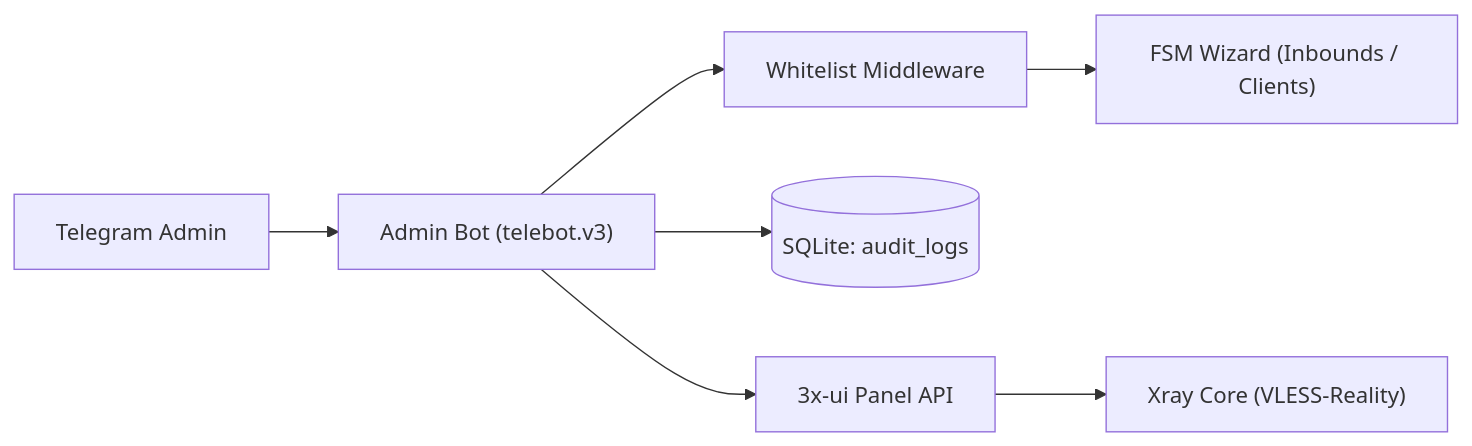
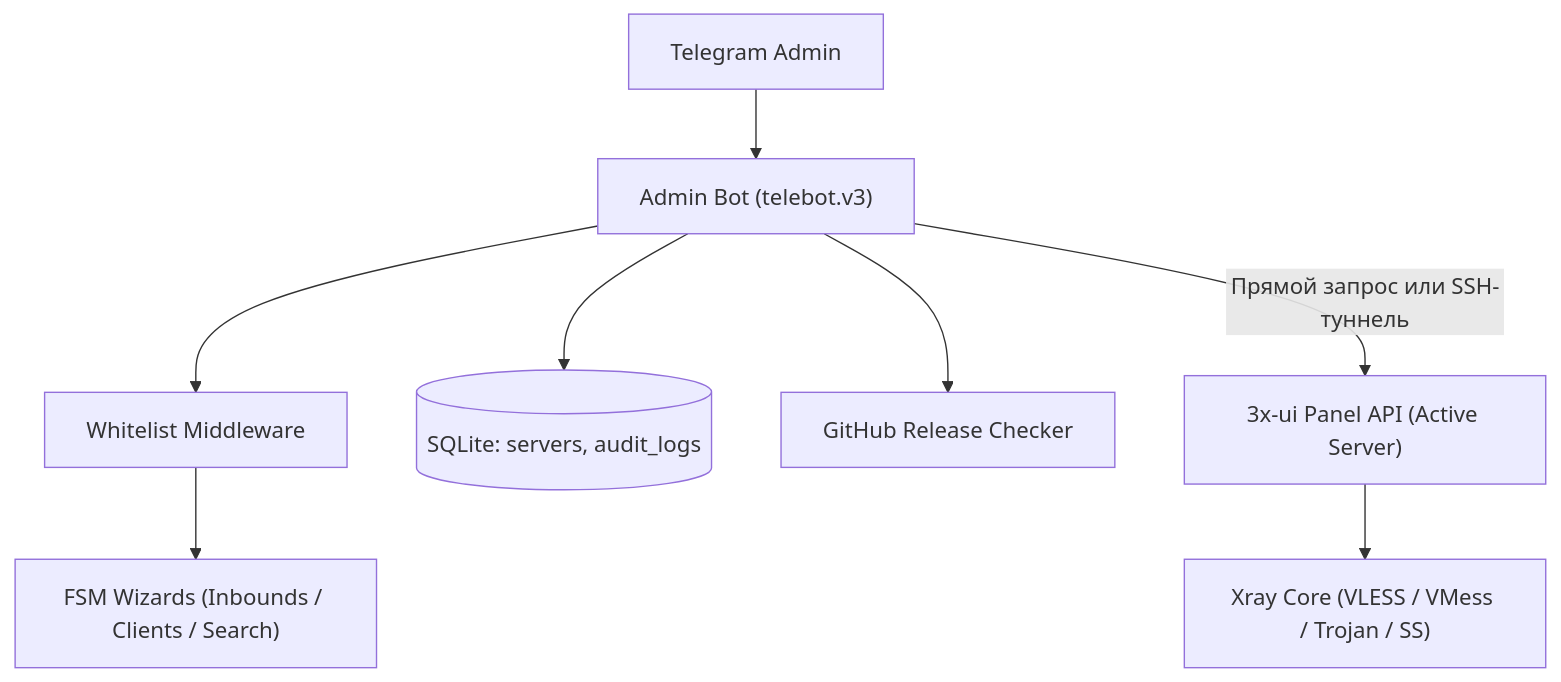
The diagram in README.md (Zhenka07/3x-ui-telegram-bot), drawn with Mermaid before and after one commit. The commit also changed other lines of this file and 12 other files, not shown here.

````diff
--- a/README.md
+++ b/README.md
@@ -45,9 +46,10 @@
 ```mermaid
-flowchart LR
+flowchart TD
     ADMIN["Telegram Admin"] --> BOT["Admin Bot (telebot.v3)"]
     BOT --> MW["Whitelist Middleware"]
-    MW --> FSM["FSM Wizard (Inbounds / Clients)"]
-    BOT --> DB[("SQLite: audit_logs")]
-    BOT --> XUI["3x-ui Panel API"]
-    XUI --> XRAY["Xray Core (VLESS-Reality)"]
+    MW --> FSM["FSM Wizards (Inbounds / Clients / Search)"]
+    BOT --> DB[("SQLite: servers, audit_logs")]
+    BOT --> UPDATER["GitHub Release Checker"]
+    BOT -->|Прямой запрос или SSH-туннель| XUI["3x-ui Panel API (Active Server)"]
+    XUI --> XRAY["Xray Core (VLESS / VMess / Trojan / SS)"]
 ```
````
